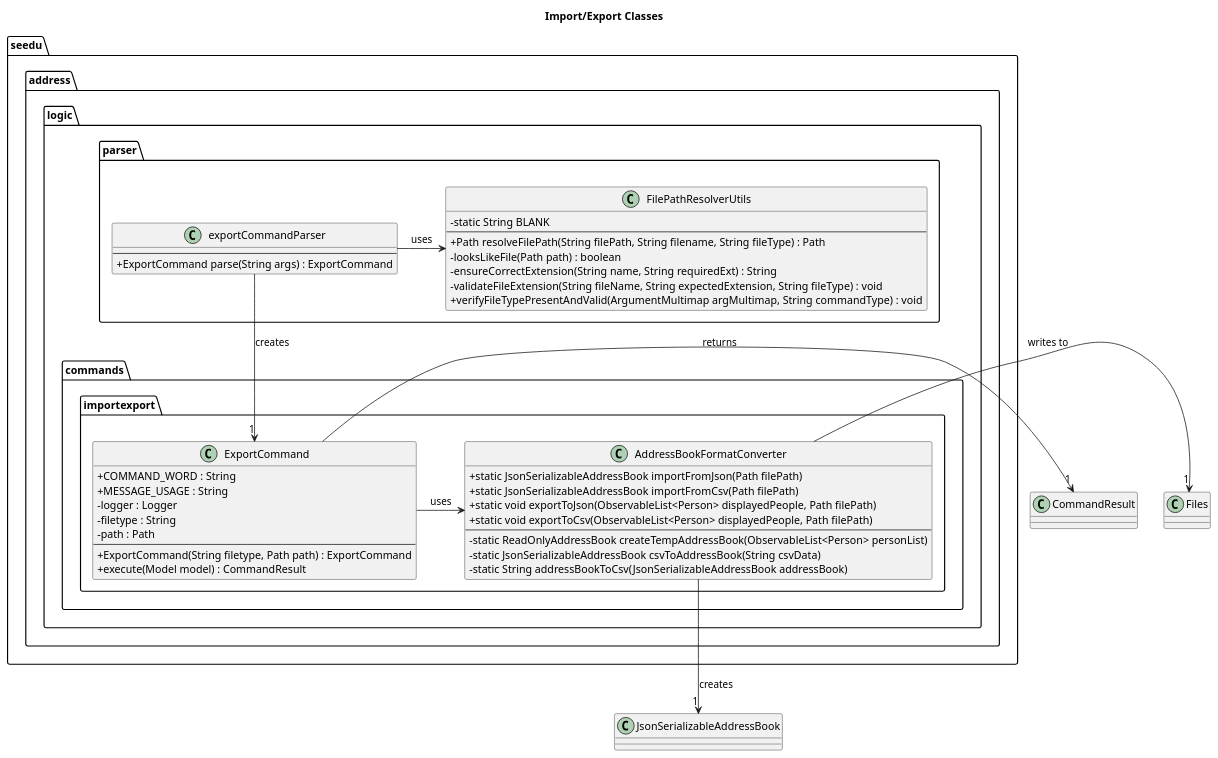
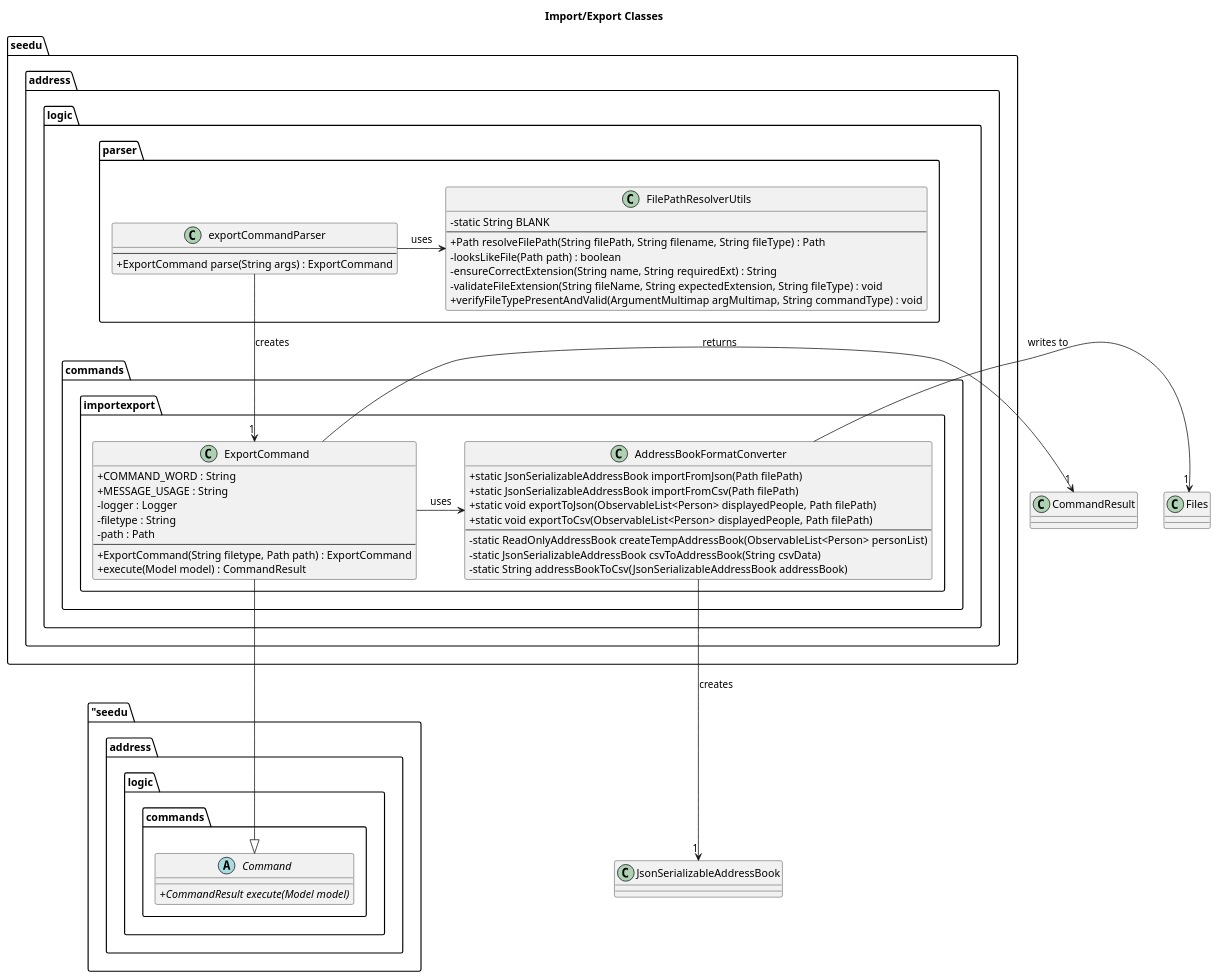
Before and after one commit to kimseunghyun-kr/tp: the diagram in docs/diagrams/ExportDiagram.puml, drawn with PlantUML. The commit also changed 4 other files, not shown here.

Commit message:
Add : UML diagram for AddAnniversaryCommand

```diff
--- a/docs/diagrams/ExportDiagram.puml
+++ b/docs/diagrams/ExportDiagram.puml
@@ -1,56 +1,63 @@
 @startuml
 title Import/Export Classes
 skinparam packageTitleFontStyle Bold
 skinparam classAttributeIconSize 0
 
 package "seedu.address.logic.parser" {
     class exportCommandParser {
         --
         + ExportCommand parse(String args) : ExportCommand
+    }
+}
+
+package "seedu.address.logic.commands {
+    abstract class Command {
+    + CommandResult execute(Model model) {abstract}
     }
 }
 
 package "seedu.address.logic.parser" {
     class FilePathResolverUtils {
         - static String BLANK
         --
         + Path resolveFilePath(String filePath, String filename, String fileType) : Path
         - looksLikeFile(Path path) : boolean
         - ensureCorrectExtension(String name, String requiredExt) : String
         - validateFileExtension(String fileName, String expectedExtension, String fileType) : void
         + verifyFileTypePresentAndValid(ArgumentMultimap argMultimap, String commandType) : void
     }
 }
 
 package "seedu.address.logic.commands.importexport" {
     class ExportCommand {
         + COMMAND_WORD : String
         + MESSAGE_USAGE : String
         - logger : Logger
         - filetype : String
         - path : Path
         --
         + ExportCommand(String filetype, Path path) : ExportCommand
         + execute(Model model) : CommandResult
     }
 
     class AddressBookFormatConverter {
             + static JsonSerializableAddressBook importFromJson(Path filePath)
             + static JsonSerializableAddressBook importFromCsv(Path filePath)
             + static void exportToJson(ObservableList<Person> displayedPeople, Path filePath)
             + static void exportToCsv(ObservableList<Person> displayedPeople, Path filePath)
             --
             - static ReadOnlyAddressBook createTempAddressBook(ObservableList<Person> personList)
             - static JsonSerializableAddressBook csvToAddressBook(String csvData)
             - static String addressBookToCsv(JsonSerializableAddressBook addressBook)
     }
 }
 
+ExportCommand --|> Command
 exportCommandParser --> "1" ExportCommand : creates
 exportCommandParser -> FilePathResolverUtils : uses
 ExportCommand -> AddressBookFormatConverter : uses
 ExportCommand -> "1" CommandResult : returns
 AddressBookFormatConverter -> "1" Files : writes to
 AddressBookFormatConverter --> "1" JsonSerializableAddressBook : creates
 
 @enduml
```
